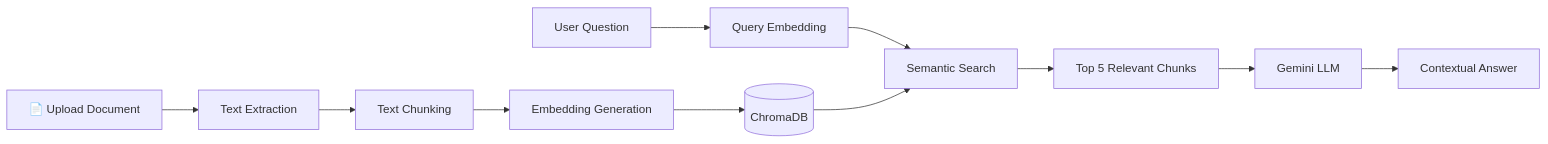
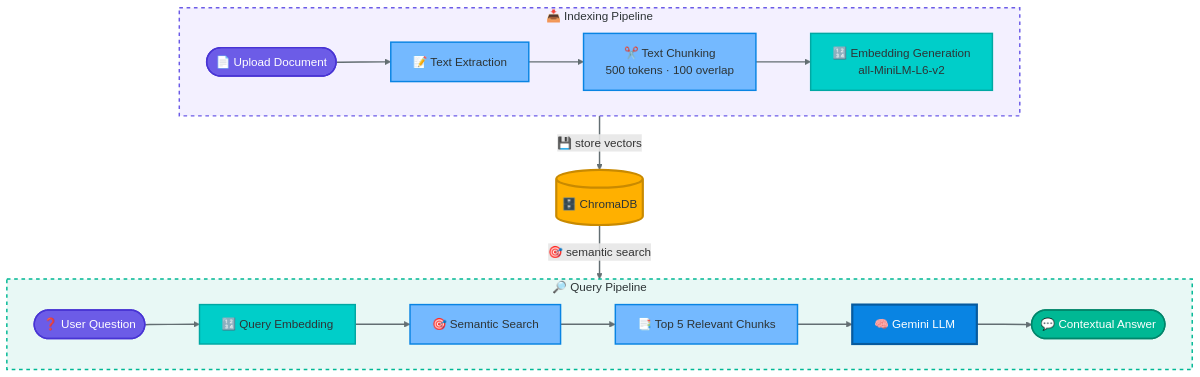
One commit to AkhilReddySankati/Multimodal-AI-Personal-Assistant changed the second of 3 diagrams in README.md. Above: the diagram before and after it, drawn with Mermaid. The commit also changed other lines of this file, not shown here.

First line of the commit message:
Enhance flowcharts in README.md

````diff
--- a/README.md
+++ b/README.md
@@ -122,14 +149,39 @@
 ```mermaid
-flowchart LR
-    A["📄 Upload Document"] --> B["Text Extraction"]
-    B --> C["Text Chunking"]
-    C --> D["Embedding Generation"]
-    D --> E[("ChromaDB")]
-    
-    F["User Question"] --> G["Query Embedding"]
-    G --> H["Semantic Search"]
-    E --> H
-    H --> I["Top 5 Relevant Chunks"]
-    I --> J["Gemini LLM"]
-    J --> K["Contextual Answer"]
+flowchart TB
+    subgraph INDEX["📥 Indexing Pipeline"]
+        direction LR
+        A(["📄 Upload Document"]) --> B["📝 Text Extraction"]
+        B --> C["✂️ Text Chunking<br/>500 tokens · 100 overlap"]
+        C --> D["🔢 Embedding Generation<br/>all-MiniLM-L6-v2"]
+    end
+
+    INDEX -->|"💾 store vectors"| E[("🗄️ ChromaDB")]
+
+    subgraph QUERY["🔎 Query Pipeline"]
+        direction LR
+        F(["❓ User Question"]) --> G["🔢 Query Embedding"]
+        G --> H["🎯 Semantic Search"]
+        H --> I["📑 Top 5 Relevant Chunks"]
+        I --> J["🧠 Gemini LLM"]
+        J --> K(["💬 Contextual Answer"])
+    end
+
+    E -->|"🎯 semantic search"| QUERY
+
+    classDef start fill:#6C5CE7,stroke:#4834D4,stroke-width:2px,color:#fff
+    classDef process fill:#74B9FF,stroke:#0984E3,stroke-width:2px,color:#2D3436
+    classDef embed fill:#00CEC9,stroke:#00A8A3,stroke-width:2px,color:#2D3436
+    classDef db fill:#FFB000,stroke:#C98A00,stroke-width:3px,color:#2D3436
+    classDef llm fill:#0984E3,stroke:#065A9E,stroke-width:3px,color:#fff
+    classDef answer fill:#00B894,stroke:#00866B,stroke-width:2px,color:#fff
+
+    class A,F start
+    class B,C,H,I process
+    class D,G embed
+    class E db
+    class J llm
+    class K answer
+    style INDEX fill:#F3F0FF,stroke:#6C5CE7,stroke-width:2px,stroke-dasharray:5 5,color:#2D3436
+    style QUERY fill:#E8F8F5,stroke:#00B894,stroke-width:2px,stroke-dasharray:5 5,color:#2D3436
+    linkStyle default stroke:#636E72,stroke-width:2px
 ```
````
